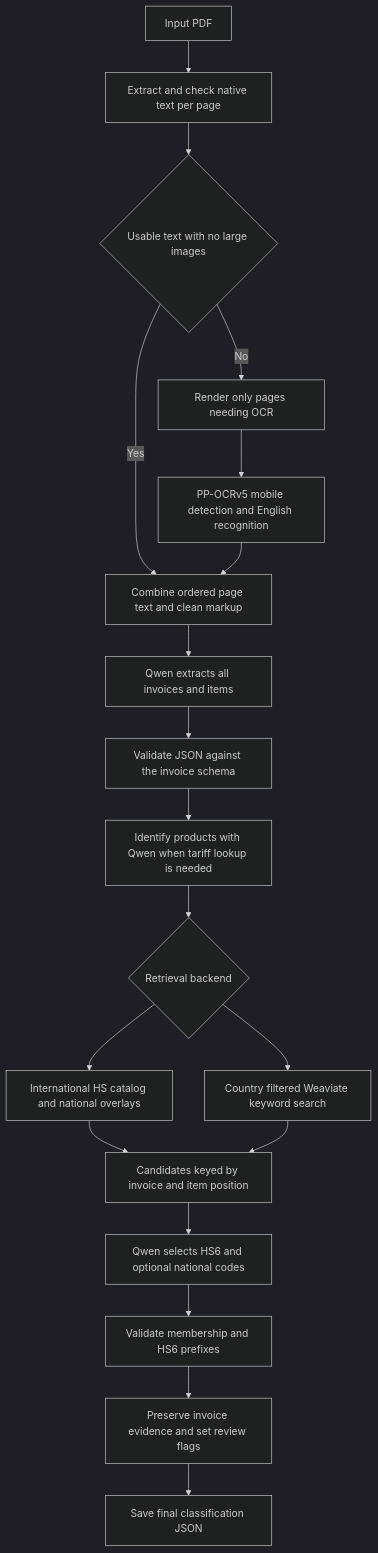
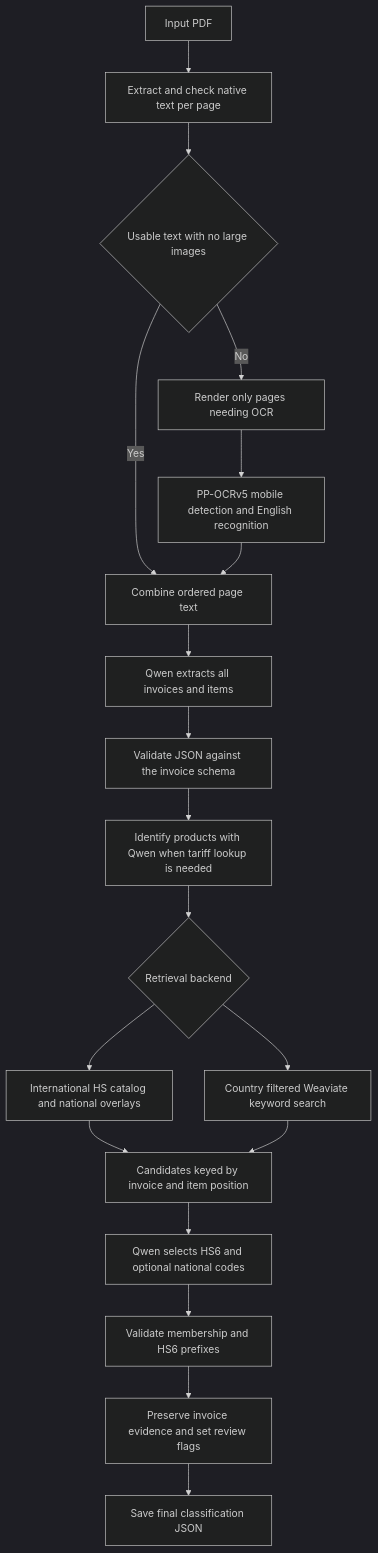
The diagram in AI/README.md (Bugslogger/ocr-ai), drawn with Mermaid (dark theme) before and after one commit. The commit also changed other lines of this file and 11 other files, not shown here.

````diff
--- a/AI/README.md
+++ b/AI/README.md
@@ -9,21 +9,21 @@
 ```mermaid
 flowchart TD
     A[Input PDF] --> T[Extract and check native text per page]
     T --> U{Usable text with no large images}
-    U -->|Yes| D[Combine ordered page text and clean markup]
+    U -->|Yes| D[Combine ordered page text]
     U -->|No| B[Render only pages needing OCR]
     B --> C[PP-OCRv5 mobile detection and English recognition]
     C --> D
     D --> E[Qwen extracts all invoices and items]
     E --> F[Validate JSON against the invoice schema]
     F --> P[Identify products with Qwen when tariff lookup is needed]
     P --> G{Retrieval backend}
     G --> H[International HS catalog and national overlays]
     G --> I[Country filtered Weaviate keyword search]
     H --> J[Candidates keyed by invoice and item position]
     I --> J
     J --> K[Qwen selects HS6 and optional national codes]
     K --> L[Validate membership and HS6 prefixes]
     L --> M[Preserve invoice evidence and set review flags]
     M --> N[Save final classification JSON]
 ```
````
